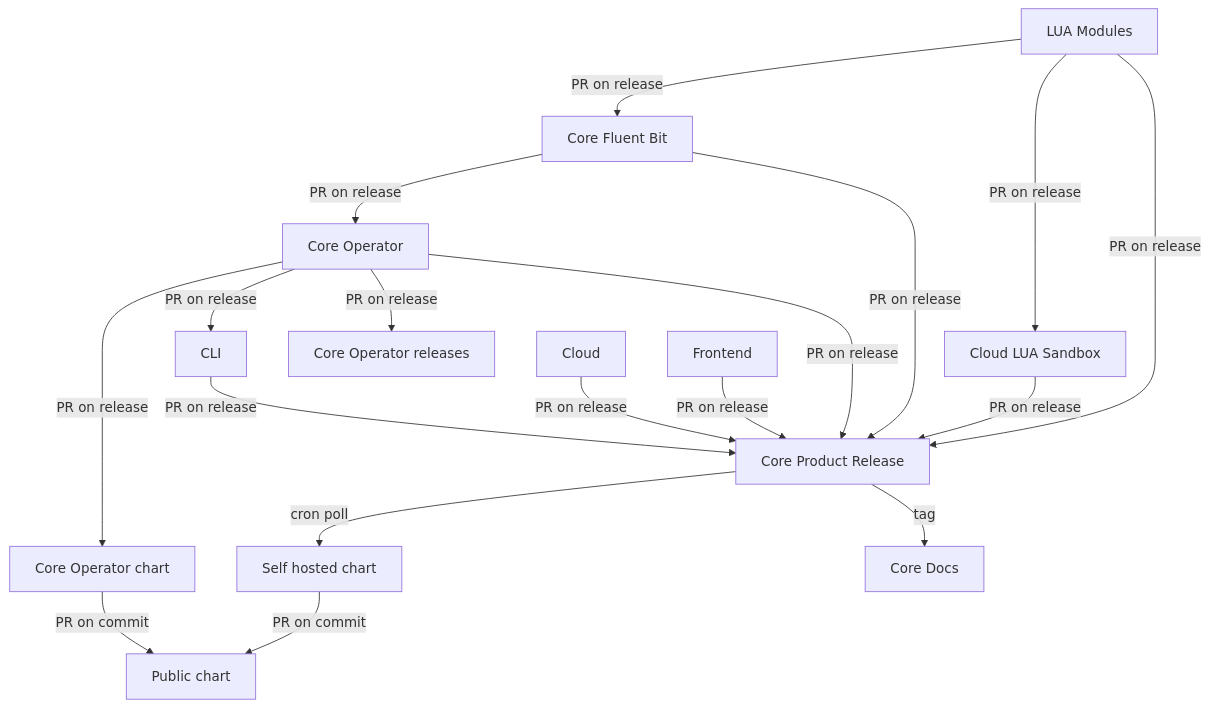
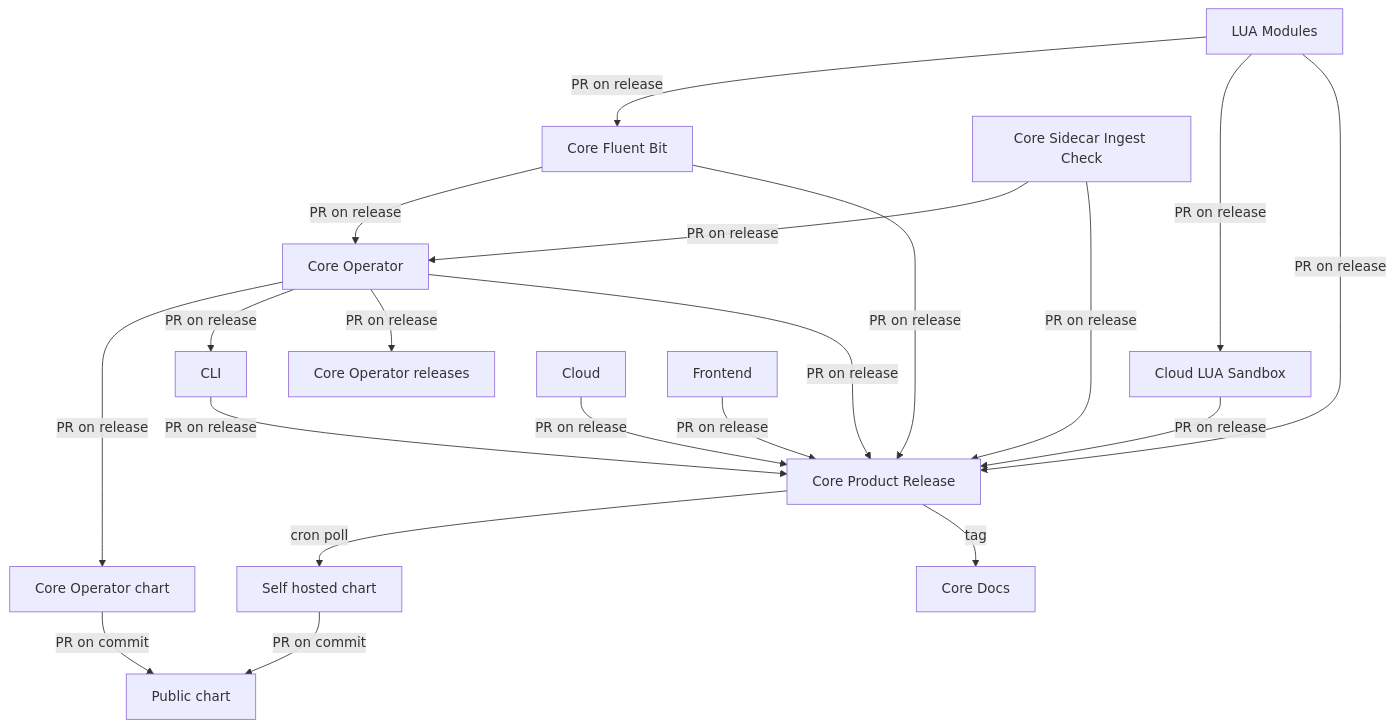
One commit to chronosphereio/calyptia-core-product-release changed the diagram in README.md. Above: the diagram before and after it, drawn with Mermaid. The commit also changed 1 other file, not shown here.

Commit message:
core_sidecar_ingest_check: added (#72)

````diff
--- a/README.md
+++ b/README.md
@@ -11,26 +11,29 @@
 ```mermaid
 graph TD;
    LM[LUA Modules]-- PR on release -->CFB[Core Fluent Bit];
    LM[LUA Modules]-- PR on release -->CLS[Cloud LUA Sandbox];
    LM[LUA Modules]-- PR on release -->CPR[Core Product Release];
 
    CFB[Core Fluent Bit]-- PR on release -->CO[Core Operator];
    CFB[Core Fluent Bit]-- PR on release -->CPR[Core Product Release];
+
+   CSIC[Core Sidecar Ingest Check]-- PR on release -->CO[Core Operator];
+   CSIC[Core Sidecar Ingest Check]-- PR on release -->CPR[Core Product Release];
 
    CO[Core Operator]-- PR on release -->COC[Core Operator chart];
    CO[Core Operator]-- PR on release -->CLI;
    CO[Core Operator]-- PR on release -->COR[Core Operator releases];
    CO[Core Operator]-- PR on release -->CPR[Core Product Release];
 
    COC[Core Operator chart]-- PR on commit -->PC[Public chart];
 
    CLI-- PR on release -->CPR[Core Product Release];
    Cloud-- PR on release -->CPR[Core Product Release];
    Frontend-- PR on release -->CPR[Core Product Release];
    CLS[Cloud LUA Sandbox]-- PR on release -->CPR[Core Product Release];
 
    CPR[Core Product Release]-- cron poll -->SHC[Self hosted chart];
    SHC[Self hosted chart]-- PR on commit -->PC[Public chart];
 
    CPR[Core Product Release]-- tag -->CD[Core Docs];
 ```
````
